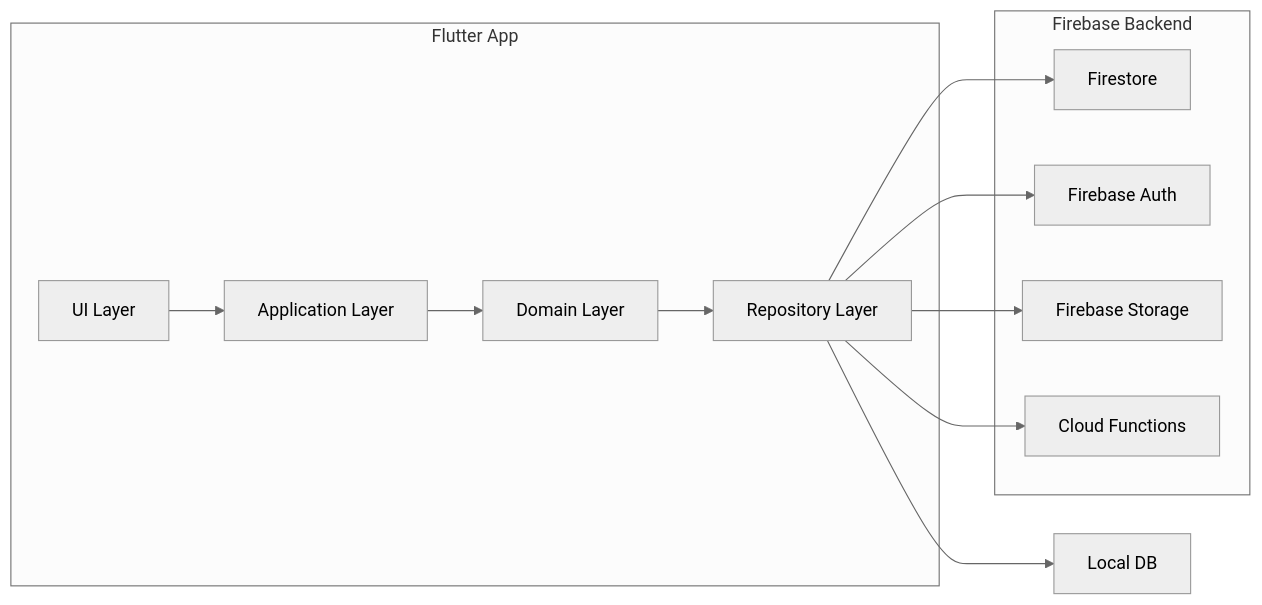
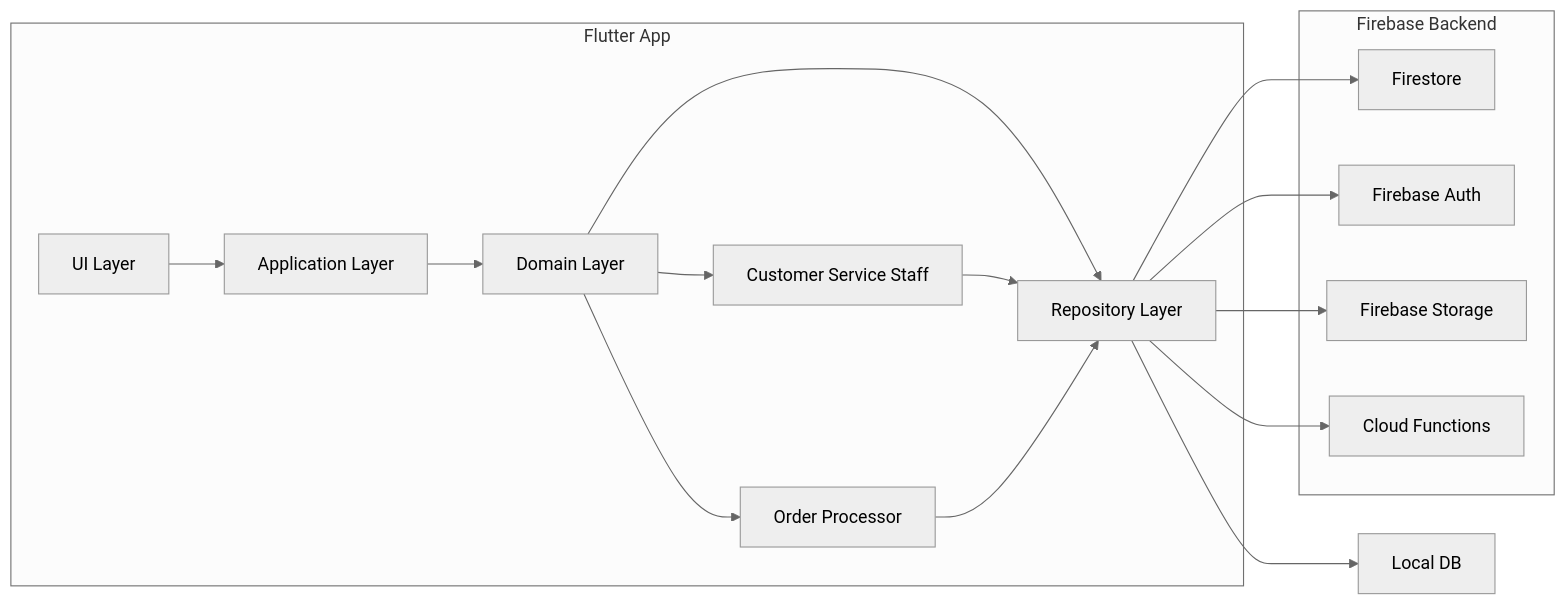
The second of 2 diagrams in docs/06-architecture/06-architecture.md (Ash69g/Documentation-Study), drawn with Mermaid (neutral theme) before and after one commit. The commit also changed other lines of this file and 22 other files, not shown here.

````diff
--- a/docs/06-architecture/06-architecture.md
+++ b/docs/06-architecture/06-architecture.md
@@ -88,21 +87,25 @@
 ```mermaid
 flowchart LR
   subgraph Client[Flutter App]
     UI[UI Layer] --> APP[Application Layer]
     APP --> DOMAIN[Domain Layer]
     DOMAIN --> DATA[Repository Layer]
+    DOMAIN --> CSS[Customer Service Staff]
+    DOMAIN --> OP[Order Processor]
   end
 
   subgraph Backend[Firebase Backend]
     FS[Firestore]
     AUTH[Firebase Auth]
     ST[Firebase Storage]
     CF[Cloud Functions]
   end
 
   DATA --> FS
   DATA --> AUTH
   DATA --> ST
   DATA --> CF
   DATA --> LOCAL[Local DB]
+  CSS --> DATA
+  OP --> DATA
 ```
````
